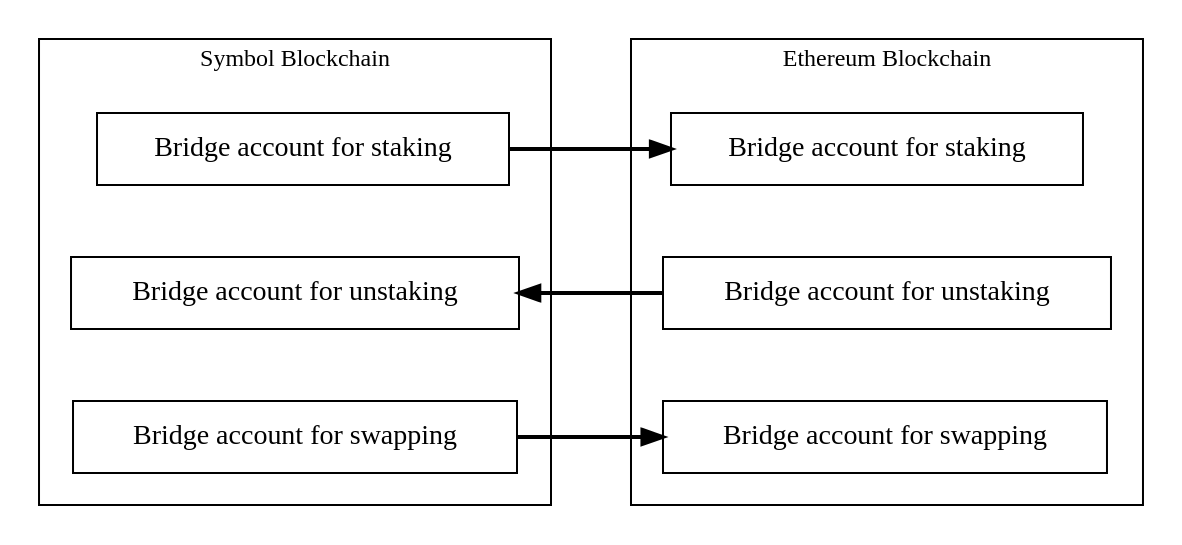
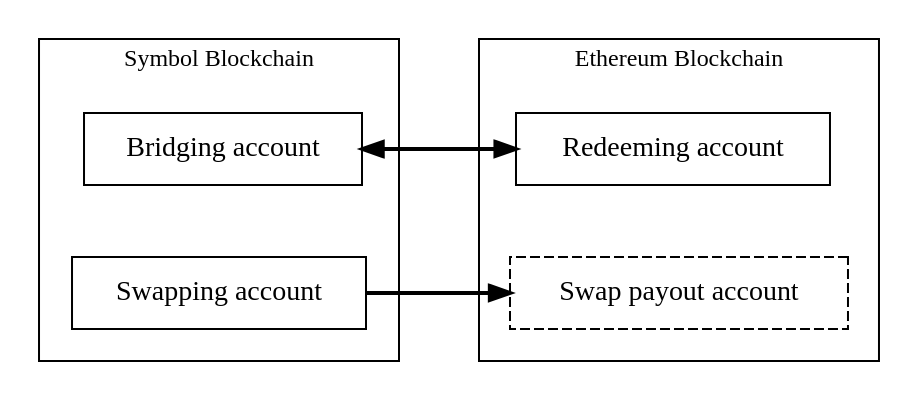
One commit to symbol/symbol changed the third of 3 diagrams in mkdocs/pages/en/textbook/bridge.md. Above: the diagram before and after it, drawn with Graphviz. The commit also changed other lines of this file and 1 other file, not shown here.

````diff
--- a/mkdocs/pages/en/textbook/bridge.md
+++ b/mkdocs/pages/en/textbook/bridge.md
@@ -145,48 +144,44 @@
 ```dot
 digraph BridgeTokens {
     rankdir="TB";
     newrank=true;
     node [shape=rect];
     fontsize=12;
 
     subgraph clusterSymbol {
         label="Symbol Blockchain";
         tooltip="Symbol Blockchain";
 
         subgraph clusterSymbolInner {
             label="";
             tooltip="Symbol Blockchain";
             style=invis;
-            xym_bridge1 [label="Bridge account for staking" tooltip="Bridge account for staking on Symbol"];
-            xym_bridge2 [label="Bridge account for unstaking" tooltip="Bridge account for unstaking on Symbol"];
-            xym_bridge3 [label="Bridge account for swapping" tooltip="Bridge account for swapping on Symbol"];
+            xym_bridge1 [label="Bridging account" tooltip="Bridging account (on Symbol)"];
+            xym_bridge2 [label="Swapping account" tooltip="Swapping account (on Symbol)"];
 
-            xym_bridge1->xym_bridge2->xym_bridge3 [style=invis];
+            xym_bridge1->xym_bridge2 [style=invis];
         }
     }
 
     subgraph clusterEthereum {
         label="Ethereum Blockchain";
         tooltip="Ethereum Blockchain";
 
         subgraph clusterEthereumInner {
             label="";
             tooltip="Ethereum Blockchain";
             style=invis;
-            eth_bridge1 [label="Bridge account for staking" tooltip="Bridge account for staking on Ethereum"];
-            eth_bridge2 [label="Bridge account for unstaking" tooltip="Bridge account for unstaking on Ethereum"];
-            eth_bridge3 [label="Bridge account for swapping" tooltip="Bridge account for swapping on Ethereum"];
+            eth_bridge1 [label="Redeeming account" tooltip="Redeeming account (on Ethereum)"];
+            eth_bridge2 [label="Swap payout account" tooltip="Swap payout account (on Ethereum)" style=dashed];
 
-            eth_bridge1->eth_bridge2->eth_bridge3 [style=invis];
+            eth_bridge1->eth_bridge2 [style=invis];
         }
     }
 
     { rank=same; xym_bridge1; eth_bridge1; }
     { rank=same; xym_bridge2; eth_bridge2; }
-    { rank=same; xym_bridge3; eth_bridge3; }
 
-    xym_bridge1 -> eth_bridge1 [penwidth=2 minlen=4];
-    xym_bridge2 -> eth_bridge2 [penwidth=2 minlen=4 dir=back];
-    xym_bridge3 -> eth_bridge3 [penwidth=2 minlen=4];
+    xym_bridge1 -> eth_bridge1 [penwidth=2 minlen=4 dir=both];
+    xym_bridge2 -> eth_bridge2 [penwidth=2 minlen=4];
 }
 ```
````
